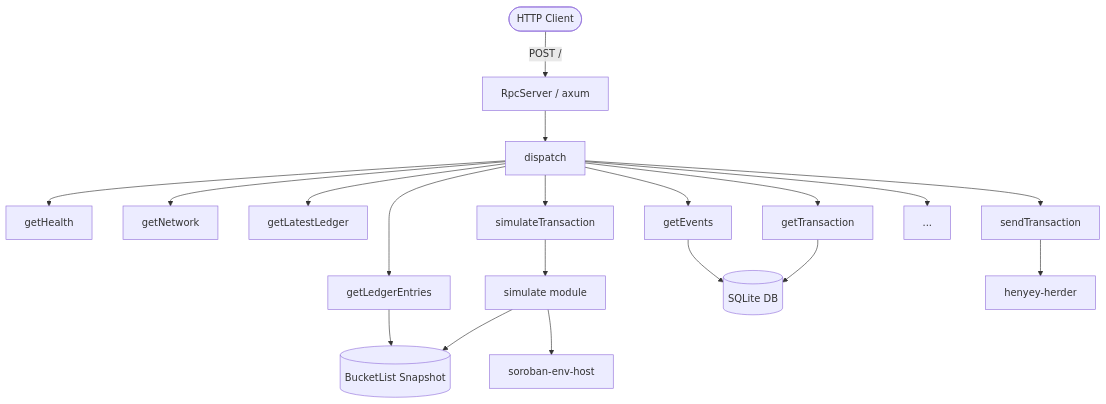
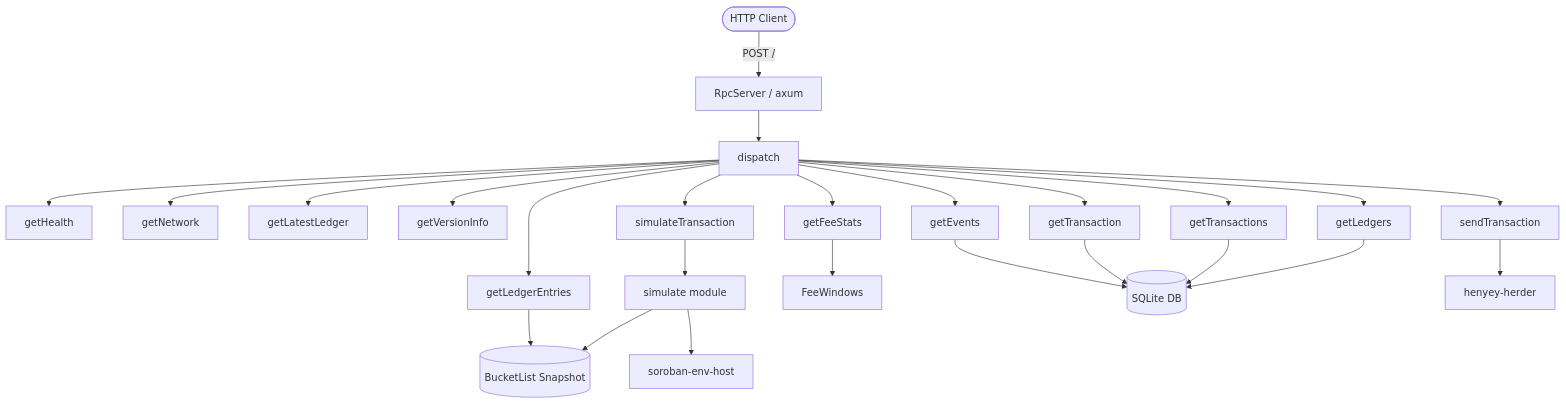
The diagram in crates/rpc/README.md (tomerweller/henyey), drawn with Mermaid before and after one commit. The commit also changed other lines of this file and 2 other files, not shown here.

````diff
--- a/crates/rpc/README.md
+++ b/crates/rpc/README.md
@@ -20,22 +23,28 @@
 ```mermaid
 flowchart TD
     Client([HTTP Client]) -->|POST /| Server[RpcServer / axum]
     Server --> Dispatch[dispatch]
     Dispatch --> Health[getHealth]
     Dispatch --> Network[getNetwork]
     Dispatch --> LatestLedger[getLatestLedger]
+    Dispatch --> VersionInfo[getVersionInfo]
+    Dispatch --> FeeStats[getFeeStats]
     Dispatch --> GetEntries[getLedgerEntries]
     Dispatch --> GetTx[getTransaction]
+    Dispatch --> GetTxs[getTransactions]
+    Dispatch --> GetLedgers[getLedgers]
     Dispatch --> GetEvents[getEvents]
     Dispatch --> SendTx[sendTransaction]
     Dispatch --> SimTx[simulateTransaction]
-    Dispatch --> Other[...]
 
     GetEntries --> BucketSnapshot[(BucketList Snapshot)]
     SimTx --> Simulate[simulate module]
     Simulate --> SorobanHost[soroban-env-host]
     Simulate --> BucketSnapshot
+    FeeStats --> FeeWindows[FeeWindows]
     GetEvents --> DB[(SQLite DB)]
     GetTx --> DB
+    GetTxs --> DB
+    GetLedgers --> DB
     SendTx --> Herder[henyey-herder]
 ```
````
